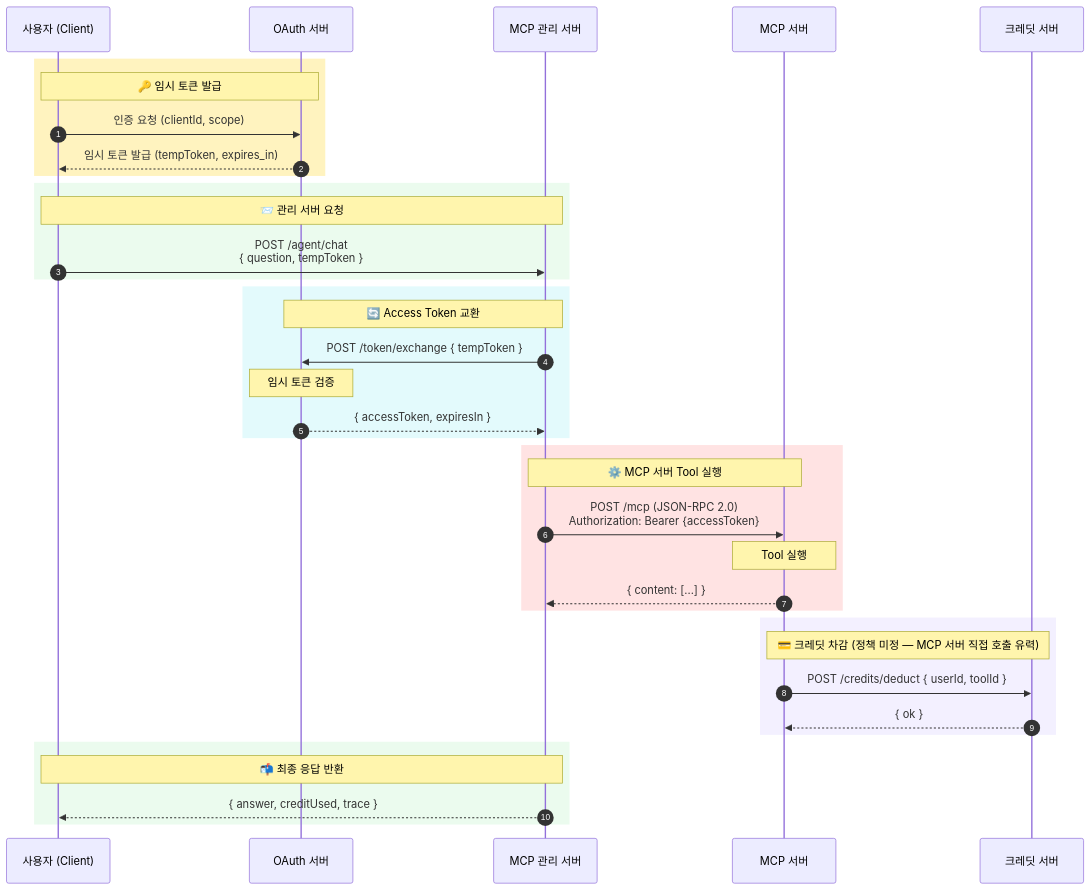
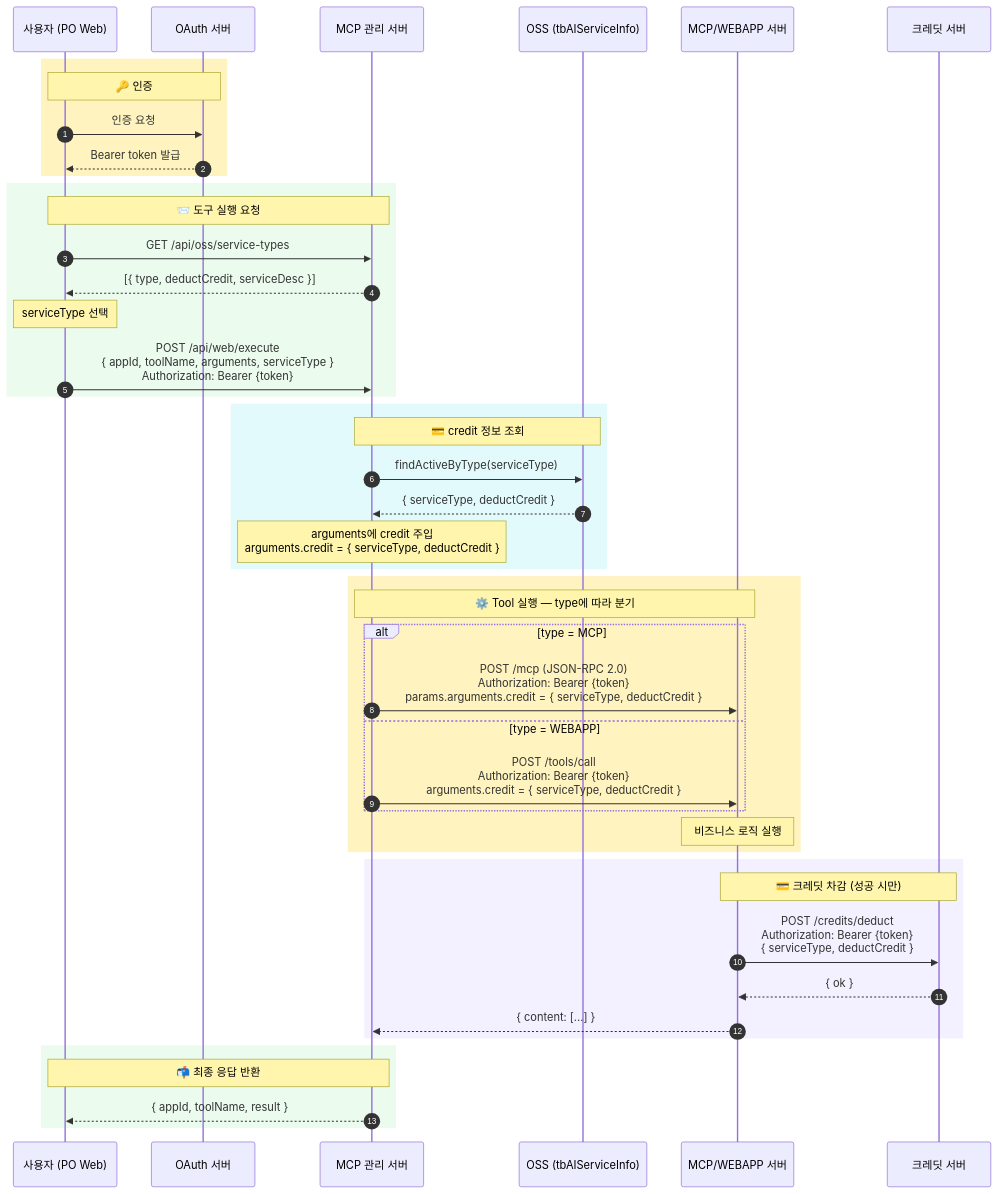
The third of 3 diagrams in docs/img/sequence-diagram.md (theo-s-park/POC_MCP_Ochestrator), drawn with Mermaid before and after one commit. The commit also changed other lines of this file, not shown here.

Commit message:
docs: 시퀀스 다이어그램 업데이트 — WEBAPP 분기 및 credit 주입 흐름 반영
- Flow 1: 등록 시 MCP(JSON-RPC) vs WEBAPP(REST) 분기 표시
- Flow 3: serviceType 선택 → OSS credit 조회 → arguments.credit 주입 → MCP/WEBAPP 실행 → 크레딧 차감 흐름으로 재작성

````diff
--- a/docs/img/sequence-diagram.md
+++ b/docs/img/sequence-diagram.md
@@ -109,45 +115,53 @@
 ```mermaid
 sequenceDiagram
     autonumber
-    participant USER as 사용자 (Client)
+    participant USER as 사용자 (PO Web)
     participant OAUTH as OAuth 서버
     participant MCP as MCP 관리 서버
-    participant SRV as MCP 서버
+    participant OSS as OSS (tbAIServiceInfo)
+    participant SRV as MCP/WEBAPP 서버
     participant CREDIT as 크레딧 서버
 
     rect rgb(255, 243, 191)
-        note over USER,OAUTH: 🔑 임시 토큰 발급
-        USER->>OAUTH: 인증 요청 (clientId, scope)
-        OAUTH-->>USER: 임시 토큰 발급 (tempToken, expires_in)
+        note over USER,OAUTH: 🔑 인증
+        USER->>OAUTH: 인증 요청
+        OAUTH-->>USER: Bearer token 발급
     end
 
     rect rgb(235, 251, 238)
-        note over USER,MCP: 📨 관리 서버 요청
-        USER->>MCP: POST /agent/chat<br/>{ question, tempToken }
+        note over USER,MCP: 📨 도구 실행 요청
+        USER->>MCP: GET /api/oss/service-types
+        MCP-->>USER: [{ type, deductCredit, serviceDesc }]
+        note over USER: serviceType 선택
+        USER->>MCP: POST /api/web/execute<br/>{ appId, toolName, arguments, serviceType }<br/>Authorization: Bearer {token}
     end
 
     rect rgb(227, 250, 252)
-        note over MCP,OAUTH: 🔄 Access Token 교환
-        MCP->>OAUTH: POST /token/exchange { tempToken }
-        note over OAUTH: 임시 토큰 검증
-        OAUTH-->>MCP: { accessToken, expiresIn }
+        note over MCP,OSS: 💳 credit 정보 조회
+        MCP->>OSS: findActiveByType(serviceType)
+        OSS-->>MCP: { serviceType, deductCredit }
+        note over MCP: arguments에 credit 주입<br/>arguments.credit = { serviceType, deductCredit }
     end
 
-    rect rgb(255, 227, 227)
-        note over MCP,SRV: ⚙️ MCP 서버 Tool 실행
-        MCP->>SRV: POST /mcp (JSON-RPC 2.0)<br/>Authorization: Bearer {accessToken}
-        note over SRV: Tool 실행
-        SRV-->>MCP: { content: [...] }
+    rect rgb(255, 243, 191)
+        note over MCP,SRV: ⚙️ Tool 실행 — type에 따라 분기
+        alt type = MCP
+            MCP->>SRV: POST /mcp (JSON-RPC 2.0)<br/>Authorization: Bearer {token}<br/>params.arguments.credit = { serviceType, deductCredit }
+        else type = WEBAPP
+            MCP->>SRV: POST /tools/call<br/>Authorization: Bearer {token}<br/>arguments.credit = { serviceType, deductCredit }
+        end
+        note over SRV: 비즈니스 로직 실행
     end
 
     rect rgb(243, 240, 255)
-        note over SRV,CREDIT: 💳 크레딧 차감 (정책 미정 — MCP 서버 직접 호출 유력)
-        SRV->>CREDIT: POST /credits/deduct { userId, toolId }
+        note over SRV,CREDIT: 💳 크레딧 차감 (성공 시만)
+        SRV->>CREDIT: POST /credits/deduct<br/>Authorization: Bearer {token}<br/>{ serviceType, deductCredit }
         CREDIT-->>SRV: { ok }
+        SRV-->>MCP: { content: [...] }
     end
 
     rect rgb(235, 251, 238)
         note over MCP,USER: 📬 최종 응답 반환
-        MCP-->>USER: { answer, creditUsed, trace }
+        MCP-->>USER: { appId, toolName, result }
     end
 ```
````
